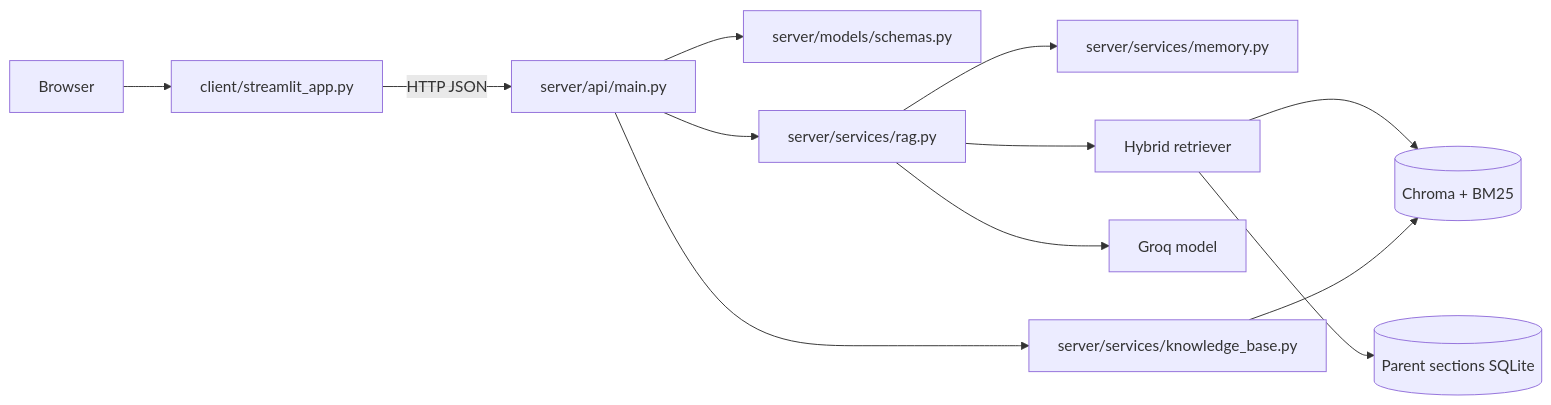
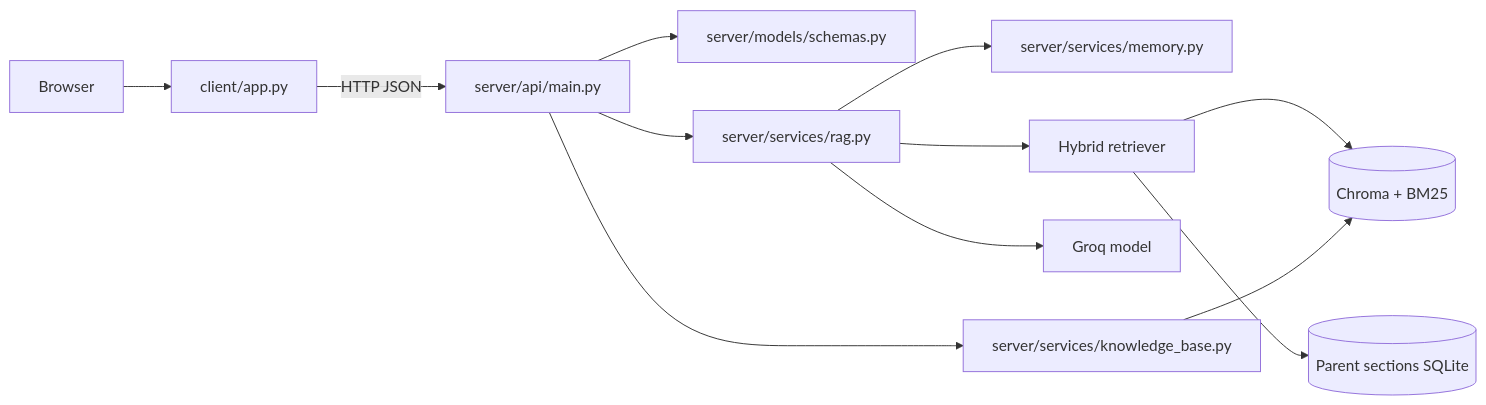
Before and after one commit to mmm1949/policy_chatbot: the diagram in PROJECT_STRUCTURE.md, drawn with Mermaid. The commit also changed other lines of this file and 18 other files, not shown here.

````diff
--- a/PROJECT_STRUCTURE.md
+++ b/PROJECT_STRUCTURE.md
@@ -70,14 +72,14 @@
 ```mermaid
 flowchart LR
-    B[Browser] --> UI[client/streamlit_app.py]
+    B[Browser] --> UI[client/app.py]
     UI -->|HTTP JSON| API[server/api/main.py]
     API --> SCHEMA[server/models/schemas.py]
     API --> GRAPH[server/services/rag.py]
     GRAPH --> MEMORY[server/services/memory.py]
     GRAPH --> RETRIEVER[Hybrid retriever]
     RETRIEVER --> DB[(Chroma + BM25)]
     RETRIEVER --> PARENTS[(Parent sections SQLite)]
     GRAPH --> GROQ[Groq model]
     API --> KB[server/services/knowledge_base.py]
     KB --> DB
 ```
````
